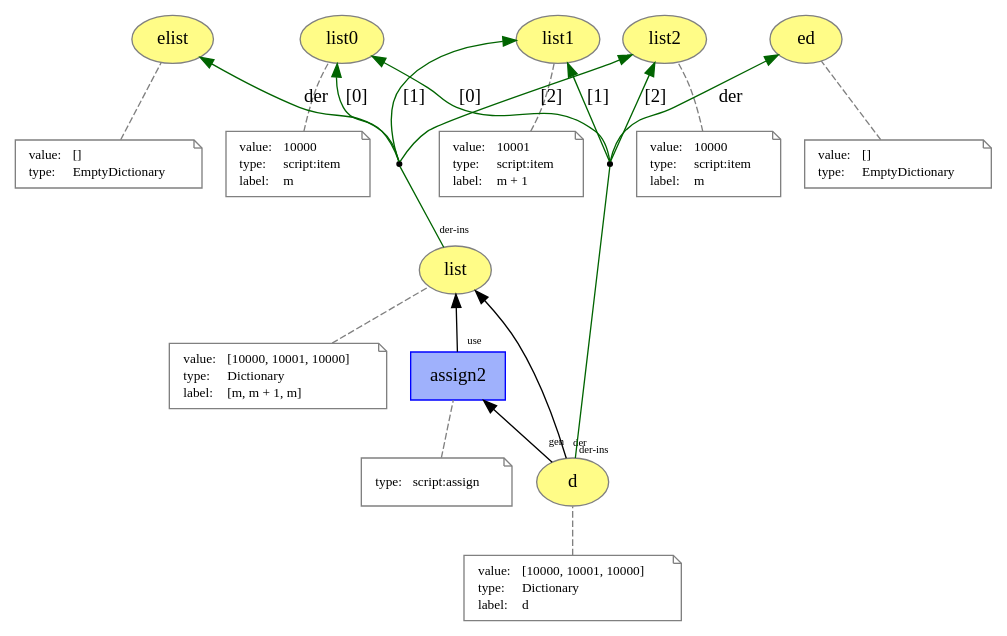
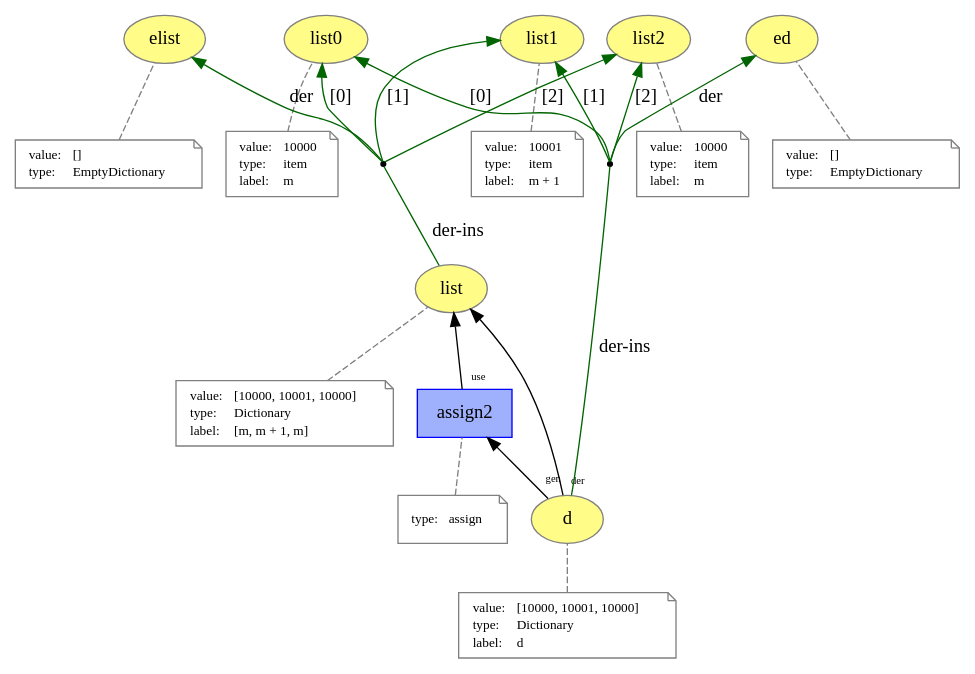
One commit to dew-uff/versioned-prov changed the diagram in images/prov_dictionary/list_assign.dot. Above: the diagram before and after it, drawn with Graphviz. The commit also changed 216 other files, not shown here.

```diff
--- a/images/prov_dictionary/list_assign.dot
+++ b/images/prov_dictionary/list_assign.dot
@@ -1,129 +1,129 @@
 digraph "PROV" { size="16,12"; rankdir="BT";
 "http://example.org/elist" [fillcolor="#FFFC87",color="#808080",style="filled",label="elist",URL="http://example.org/elist"]
 "-attrs0" [color="gray",shape="note",fontsize="10",fontcolor="black",label=<<TABLE cellpadding="0" border="0">
 	<TR>
 	    <TD align="left">value:</TD>
 	    <TD align="left">[]</TD>
 	</TR>
 	<TR>
 	    <TD align="left">type:</TD>
 	    <TD align="left">EmptyDictionary</TD>
 	</TR>
 </TABLE>>]
 "-attrs0" -> "http://example.org/elist" [color="gray",style="dashed",arrowhead="none"]
 "http://example.org/list" [fillcolor="#FFFC87",color="#808080",style="filled",label="list",URL="http://example.org/list"]
 "-attrs1" [color="gray",shape="note",fontsize="10",fontcolor="black",label=<<TABLE cellpadding="0" border="0">
 	<TR>
 	    <TD align="left">value:</TD>
 	    <TD align="left">[10000, 10001, 10000]</TD>
 	</TR>
 	<TR>
 	    <TD align="left">type:</TD>
 	    <TD align="left">Dictionary</TD>
 	</TR>
 	<TR>
 	    <TD align="left">label:</TD>
 	    <TD align="left">[m, m + 1, m]</TD>
 	</TR>
 </TABLE>>]
 "-attrs1" -> "http://example.org/list" [color="gray",style="dashed",arrowhead="none"]
 "http://example.org/list0" [fillcolor="#FFFC87",color="#808080",style="filled",label="list0",URL="http://example.org/list0"]
 "-attrs2" [color="gray",shape="note",fontsize="10",fontcolor="black",label=<<TABLE cellpadding="0" border="0">
 	<TR>
 	    <TD align="left">value:</TD>
 	    <TD align="left">10000</TD>
 	</TR>
 	<TR>
 	    <TD align="left">type:</TD>
-	    <TD align="left">script:item</TD>
+	    <TD align="left">item</TD>
 	</TR>
 	<TR>
 	    <TD align="left">label:</TD>
 	    <TD align="left">m</TD>
 	</TR>
 </TABLE>>]
 "-attrs2" -> "http://example.org/list0" [color="gray",style="dashed",arrowhead="none"]
 "http://example.org/list1" [fillcolor="#FFFC87",color="#808080",style="filled",label="list1",URL="http://example.org/list1"]
 "-attrs3" [color="gray",shape="note",fontsize="10",fontcolor="black",label=<<TABLE cellpadding="0" border="0">
 	<TR>
 	    <TD align="left">value:</TD>
 	    <TD align="left">10001</TD>
 	</TR>
 	<TR>
 	    <TD align="left">type:</TD>
-	    <TD align="left">script:item</TD>
+	    <TD align="left">item</TD>
 	</TR>
 	<TR>
 	    <TD align="left">label:</TD>
 	    <TD align="left">m + 1</TD>
 	</TR>
 </TABLE>>]
 "-attrs3" -> "http://example.org/list1" [color="gray",style="dashed",arrowhead="none"]
 "http://example.org/list2" [fillcolor="#FFFC87",color="#808080",style="filled",label="list2",URL="http://example.org/list2"]
 "-attrs4" [color="gray",shape="note",fontsize="10",fontcolor="black",label=<<TABLE cellpadding="0" border="0">
 	<TR>
 	    <TD align="left">value:</TD>
 	    <TD align="left">10000</TD>
 	</TR>
 	<TR>
 	    <TD align="left">type:</TD>
-	    <TD align="left">script:item</TD>
+	    <TD align="left">item</TD>
 	</TR>
 	<TR>
 	    <TD align="left">label:</TD>
 	    <TD align="left">m</TD>
 	</TR>
 </TABLE>>]
 "-attrs4" -> "http://example.org/list2" [color="gray",style="dashed",arrowhead="none"]
 "bn0" [shape="point",label=""]
-"http://example.org/list" -> "bn0" [labelfontsize="8",labeldistance="1.5",labelangle="60.0",rotation="20",taillabel="der-ins",arrowhead="none",color="darkgreen"]
+"http://example.org/list" -> "bn0" [labelfontsize="8",labeldistance="1.5",color="darkgreen",labelangle="60.0",rotation="20",label="der-ins",arrowhead="none"]
 "bn0" -> "http://example.org/elist" [labelfontsize="8",labeldistance="1.5",color="darkgreen",labelangle="60.0",rotation="20",label="der"]
 "bn0" -> "http://example.org/list0" [labelfontsize="8",labeldistance="1.5",color="darkgreen",labelangle="60.0",rotation="20",label="[0]"]
 "bn0" -> "http://example.org/list1" [labelfontsize="8",labeldistance="1.5",color="darkgreen",labelangle="60.0",rotation="20",label="[1]"]
 "bn0" -> "http://example.org/list2" [labelfontsize="8",labeldistance="1.5",color="darkgreen",labelangle="60.0",rotation="20",label="[2]"]
 "http://example.org/ed" [fillcolor="#FFFC87",color="#808080",style="filled",label="ed",URL="http://example.org/ed"]
 "-attrs5" [color="gray",shape="note",fontsize="10",fontcolor="black",label=<<TABLE cellpadding="0" border="0">
 	<TR>
 	    <TD align="left">value:</TD>
 	    <TD align="left">[]</TD>
 	</TR>
 	<TR>
 	    <TD align="left">type:</TD>
 	    <TD align="left">EmptyDictionary</TD>
 	</TR>
 </TABLE>>]
 "-attrs5" -> "http://example.org/ed" [color="gray",style="dashed",arrowhead="none"]
 "http://example.org/d" [fillcolor="#FFFC87",color="#808080",style="filled",label="d",URL="http://example.org/d"]
 "-attrs6" [color="gray",shape="note",fontsize="10",fontcolor="black",label=<<TABLE cellpadding="0" border="0">
 	<TR>
 	    <TD align="left">value:</TD>
 	    <TD align="left">[10000, 10001, 10000]</TD>
 	</TR>
 	<TR>
 	    <TD align="left">type:</TD>
 	    <TD align="left">Dictionary</TD>
 	</TR>
 	<TR>
 	    <TD align="left">label:</TD>
 	    <TD align="left">d</TD>
 	</TR>
 </TABLE>>]
 "-attrs6" -> "http://example.org/d" [color="gray",style="dashed",arrowhead="none"]
 "bn1" [shape="point",label=""]
-"http://example.org/d" -> "bn1" [labelfontsize="8",labeldistance="1.5",labelangle="60.0",rotation="20",taillabel="der-ins",arrowhead="none",color="darkgreen"]
+"http://example.org/d" -> "bn1" [labelfontsize="8",labeldistance="1.5",color="darkgreen",labelangle="60.0",rotation="20",label="der-ins",arrowhead="none"]
 "bn1" -> "http://example.org/ed" [labelfontsize="8",labeldistance="1.5",color="darkgreen",labelangle="60.0",rotation="20",label="der"]
 "bn1" -> "http://example.org/list0" [labelfontsize="8",labeldistance="1.5",color="darkgreen",labelangle="60.0",rotation="20",label="[0]"]
 "bn1" -> "http://example.org/list1" [labelfontsize="8",labeldistance="1.5",color="darkgreen",labelangle="60.0",rotation="20",label="[1]"]
 "bn1" -> "http://example.org/list2" [labelfontsize="8",labeldistance="1.5",color="darkgreen",labelangle="60.0",rotation="20",label="[2]"]
 "http://example.org/assign2" [fillcolor="#9FB1FC",color="#0000FF",shape="polygon",sides="4",style="filled",label="assign2",URL="http://example.org/assign2"]
 "-attrs7" [color="gray",shape="note",fontsize="10",fontcolor="black",label=<<TABLE cellpadding="0" border="0">
 	<TR>
 	    <TD align="left">type:</TD>
-	    <TD align="left">script:assign</TD>
+	    <TD align="left">assign</TD>
 	</TR>
 </TABLE>>]
 "-attrs7" -> "http://example.org/assign2" [color="gray",style="dashed",arrowhead="none"]
 "http://example.org/assign2" -> "http://example.org/list" [labelfontsize="8",labeldistance="1.5",labelangle="60.0",rotation="20",taillabel="use"]
 "http://example.org/d" -> "http://example.org/assign2" [labelfontsize="8",labeldistance="1.5",labelangle="60.0",rotation="20",taillabel="gen"]
 "http://example.org/d" -> "http://example.org/list" [labelfontsize="8",labeldistance="1.5",labelangle="60.0",rotation="20",taillabel="der"]
 }
```
